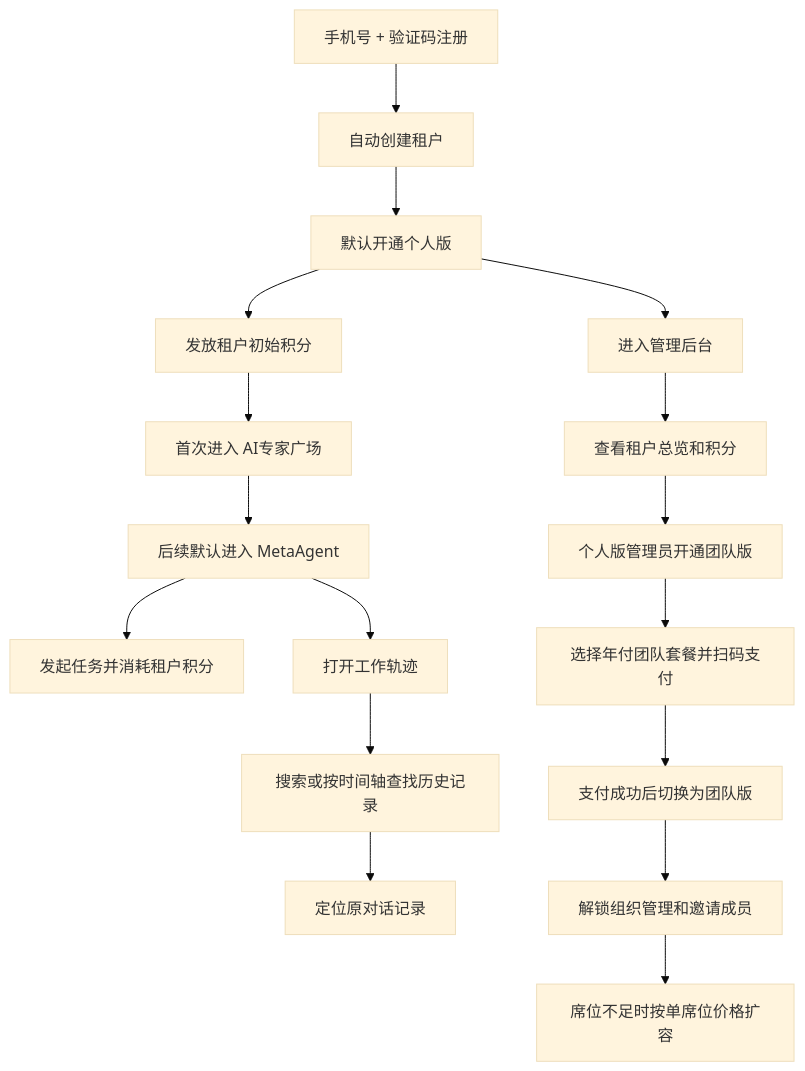
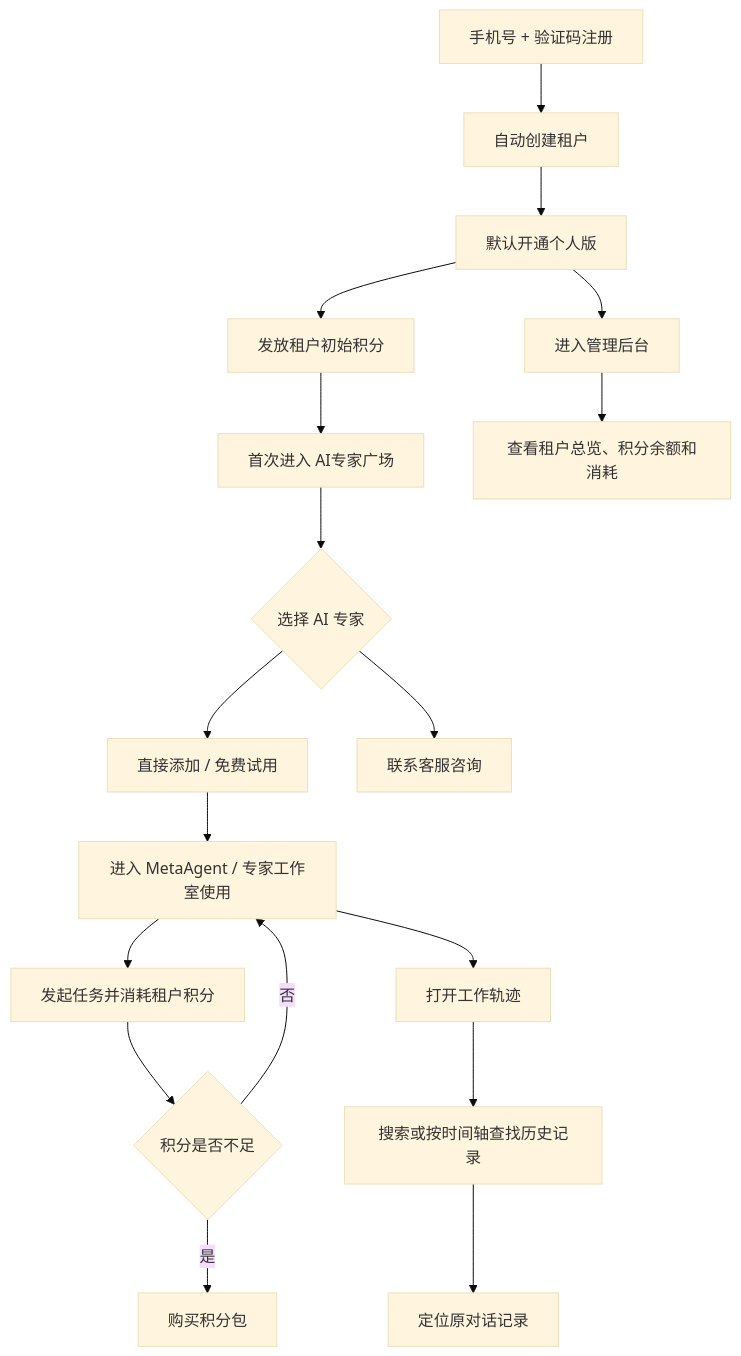
One commit to wanquanY/Frontis_prd changed the diagram in Frontis AI · 完整 PRD V430.md. Above: the diagram before and after it, drawn with Mermaid (base theme). The commit also changed other lines of this file and 19 other files, not shown here.

````diff
--- a/Frontis AI · 完整 PRD V430.md
+++ b/Frontis AI · 完整 PRD V430.md
@@ -111,19 +120,20 @@
 ```mermaid
 flowchart TD
   A["手机号 + 验证码注册"] --> B["自动创建租户"]
   B --> C["默认开通个人版"]
   C --> D["发放租户初始积分"]
   D --> E["首次进入 AI专家广场"]
-  E --> F["后续默认进入 MetaAgent"]
-  F --> G["发起任务并消耗租户积分"]
-  C --> H["进入管理后台"]
-  H --> I["查看租户总览和积分"]
-  I --> J["个人版管理员开通团队版"]
-  J --> K["选择年付团队套餐并扫码支付"]
-  K --> L["支付成功后切换为团队版"]
-  L --> M["解锁组织管理和邀请成员"]
-  M --> N["席位不足时按单席位价格扩容"]
-  F --> O["打开工作轨迹"]
+  E --> F{"选择 AI 专家"}
+  F --> G["直接添加 / 免费试用"]
+  F --> H["联系客服咨询"]
+  G --> I["进入 MetaAgent / 专家工作室使用"]
+  I --> J["发起任务并消耗租户积分"]
+  J --> K{"积分是否不足"}
+  K -->|否| I
+  K -->|是| L["购买积分包"]
+  C --> M["进入管理后台"]
+  M --> N["查看租户总览、积分余额和消耗"]
+  I --> O["打开工作轨迹"]
   O --> P["搜索或按时间轴查找历史记录"]
   P --> Q["定位原对话记录"]
 ```
````
